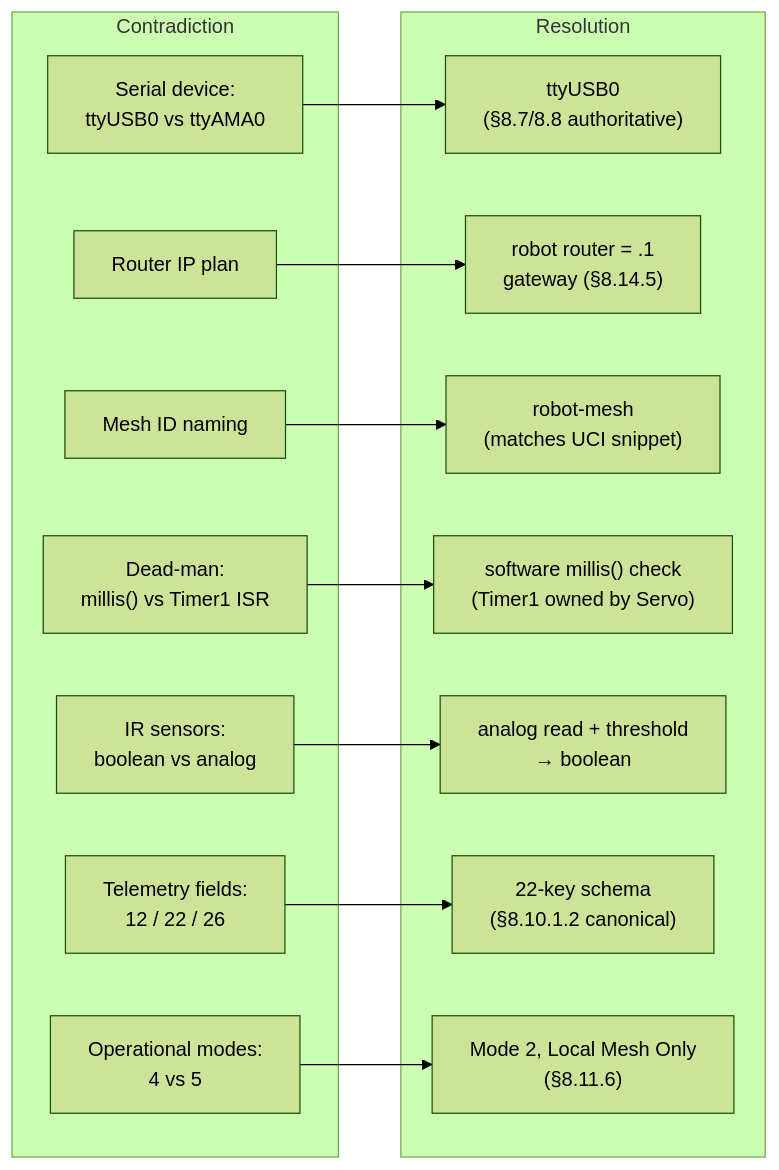
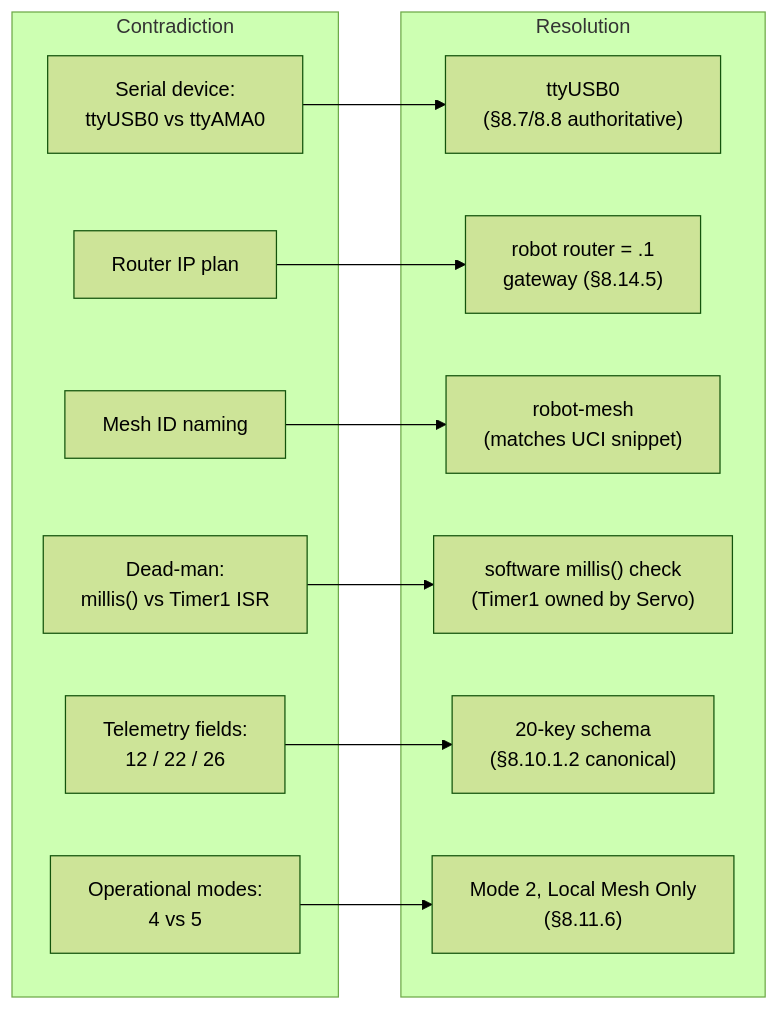
One commit to baiust999/robort-code-from-pi changed diagram 13 of 13 in docs/ARCHITECTURE.md. Above: the diagram before and after it, drawn with Mermaid (forest theme). The commit also changed other lines of this file and 27 other files, not shown here.

````diff
--- a/docs/ARCHITECTURE.md
+++ b/docs/ARCHITECTURE.md
@@ -552,28 +551,25 @@
 ```mermaid
 flowchart LR
     subgraph issues["Contradiction"]
         i1["Serial device:<br/>ttyUSB0 vs ttyAMA0"]
         i2["Router IP plan"]
         i3["Mesh ID naming"]
         i4["Dead-man:<br/>millis() vs Timer1 ISR"]
-        i5["IR sensors:<br/>boolean vs analog"]
         i6["Telemetry fields:<br/>12 / 22 / 26"]
         i7["Operational modes:<br/>4 vs 5"]
     end
     subgraph resolved["Resolution"]
         r1["ttyUSB0<br/>(§8.7/8.8 authoritative)"]
         r2["robot router = .1<br/>gateway (§8.14.5)"]
         r3["robot-mesh<br/>(matches UCI snippet)"]
         r4["software millis() check<br/>(Timer1 owned by Servo)"]
-        r5["analog read + threshold<br/>→ boolean"]
-        r6["22-key schema<br/>(§8.10.1.2 canonical)"]
+        r6["20-key schema<br/>(§8.10.1.2 canonical)"]
         r7["Mode 2, Local Mesh Only<br/>(§8.11.6)"]
     end
     i1-->r1
     i2-->r2
     i3-->r3
     i4-->r4
-    i5-->r5
     i6-->r6
     i7-->r7
 ```
````
